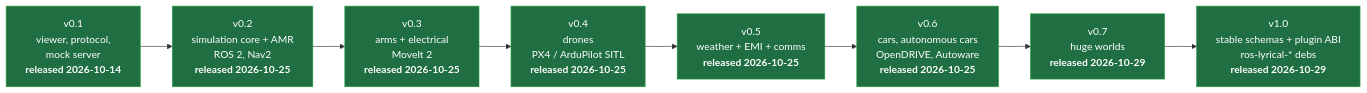
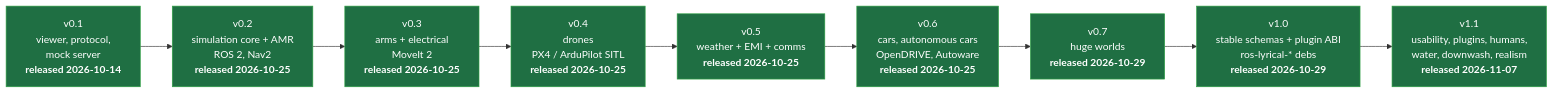
Before and after one commit to Open-Physical-Systems/Lagrange: the first of 2 diagrams in docs/plan/progress.md, drawn with Mermaid. The commit also changed other lines of this file and 89 other files, not shown here.

````diff
--- a/docs/plan/progress.md
+++ b/docs/plan/progress.md
@@ -7,16 +7,17 @@
 ```mermaid
 flowchart LR
     v01["v0.1<br/>viewer, protocol,<br/>mock server<br/><b>released 2026-10-14</b>"]:::done
     v02["v0.2<br/>simulation core + AMR<br/>ROS 2, Nav2<br/><b>released 2026-10-25</b>"]:::done
     v03["v0.3<br/>arms + electrical<br/>MoveIt 2<br/><b>released 2026-10-25</b>"]:::done
     v04["v0.4<br/>drones<br/>PX4 / ArduPilot SITL<br/><b>released 2026-10-25</b>"]:::done
     v05["v0.5<br/>weather + EMI + comms<br/><b>released 2026-10-25</b>"]:::done
     v06["v0.6<br/>cars, autonomous cars<br/>OpenDRIVE, Autoware<br/><b>released 2026-10-25</b>"]:::done
     v07["v0.7<br/>huge worlds<br/><b>released 2026-10-29</b>"]:::done
     v10["v1.0<br/>stable schemas + plugin ABI<br/>ros-lyrical-* debs<br/><b>released 2026-10-29</b>"]:::done
-    v01 --> v02 --> v03 --> v04 --> v05 --> v06 --> v07 --> v10
+    v11["v1.1<br/>usability, plugins, humans,<br/>water, downwash, realism<br/><b>released 2026-11-07</b>"]:::done
+    v01 --> v02 --> v03 --> v04 --> v05 --> v06 --> v07 --> v10 --> v11
 
     classDef done fill:#1f6f43,stroke:#2ea043,color:#fff
     classDef now fill:#9a6700,stroke:#d29922,color:#fff
     classDef todo fill:#30363d,stroke:#6e7681,color:#c9d1d9
 ```
````
